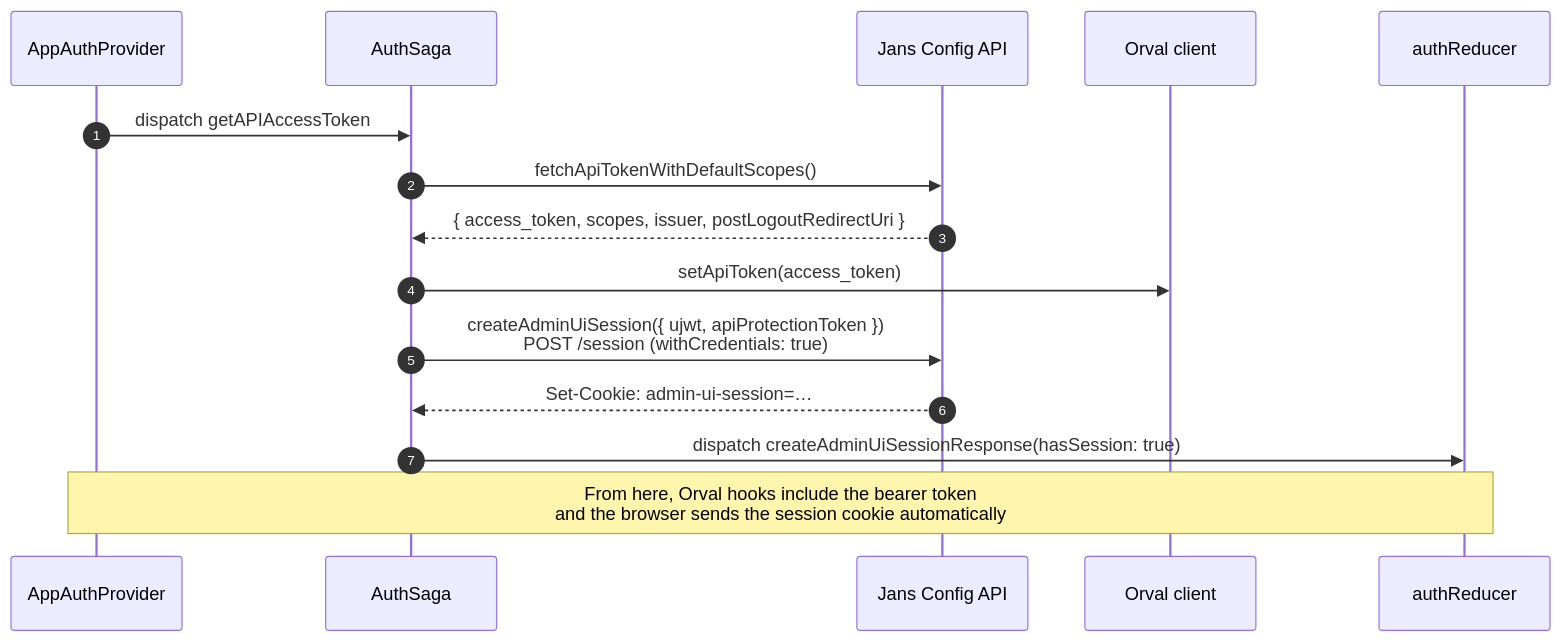
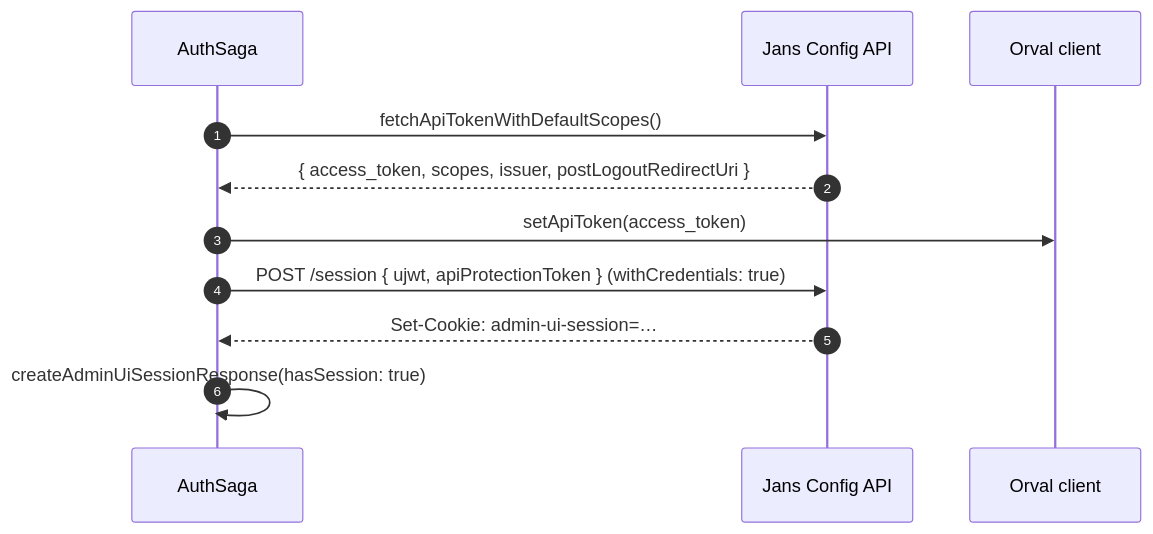
The second of 3 diagrams in admin-ui/docs/auth.md (GluuFederation/flex), drawn with Mermaid before and after one commit. The commit also changed other lines of this file and 10 other files, not shown here.

````diff
--- a/admin-ui/docs/auth.md
+++ b/admin-ui/docs/auth.md
@@ -72,18 +72,14 @@
 ```mermaid
 sequenceDiagram
     autonumber
-    participant Provider as AppAuthProvider
     participant Saga as AuthSaga
     participant API as Jans Config API
     participant Orval as Orval client
-    participant Redux as authReducer
 
-    Provider->>Saga: dispatch getAPIAccessToken
     Saga->>API: fetchApiTokenWithDefaultScopes()
     API-->>Saga: { access_token, scopes, issuer, postLogoutRedirectUri }
     Saga->>Orval: setApiToken(access_token)
-    Saga->>API: createAdminUiSession({ ujwt, apiProtectionToken })<br/>POST /session (withCredentials: true)
+    Saga->>API: POST /session { ujwt, apiProtectionToken } (withCredentials: true)
     API-->>Saga: Set-Cookie: admin-ui-session=…
-    Saga->>Redux: dispatch createAdminUiSessionResponse(hasSession: true)
-    Note over Provider,Redux: From here, Orval hooks include the bearer token<br/>and the browser sends the session cookie automatically
+    Saga->>Saga: createAdminUiSessionResponse(hasSession: true)
 ```
````
